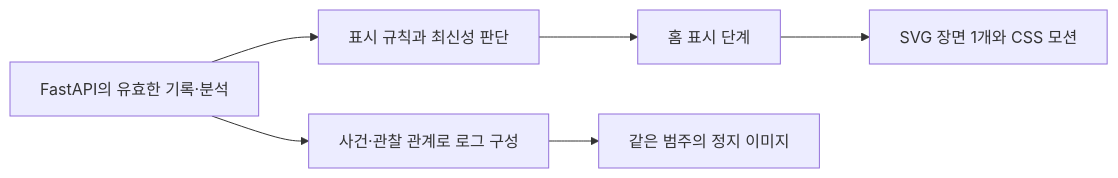
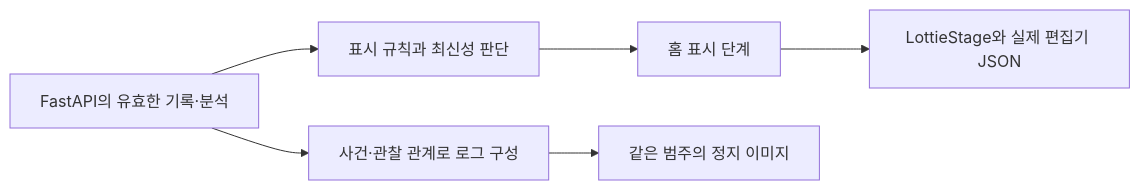
One commit to EungAElien/baby-care changed the diagram in docs/design/character-motion/README.md. Above: the diagram before and after it, drawn with Mermaid. The commit also changed other lines of this file and 51 other files, not shown here.

````diff
--- a/docs/design/character-motion/README.md
+++ b/docs/design/character-motion/README.md
@@ -264,8 +198,8 @@
 ```mermaid
 flowchart LR
   A[FastAPI의 유효한 기록·분석] --> B[표시 규칙과 최신성 판단]
   B --> C[홈 표시 단계]
-  C --> D[SVG 장면 1개와 CSS 모션]
+  C --> D[LottieStage와 실제 편집기 JSON]
   A --> E[사건·관찰 관계로 로그 구성]
   E --> F[같은 범주의 정지 이미지]
 ```
````
